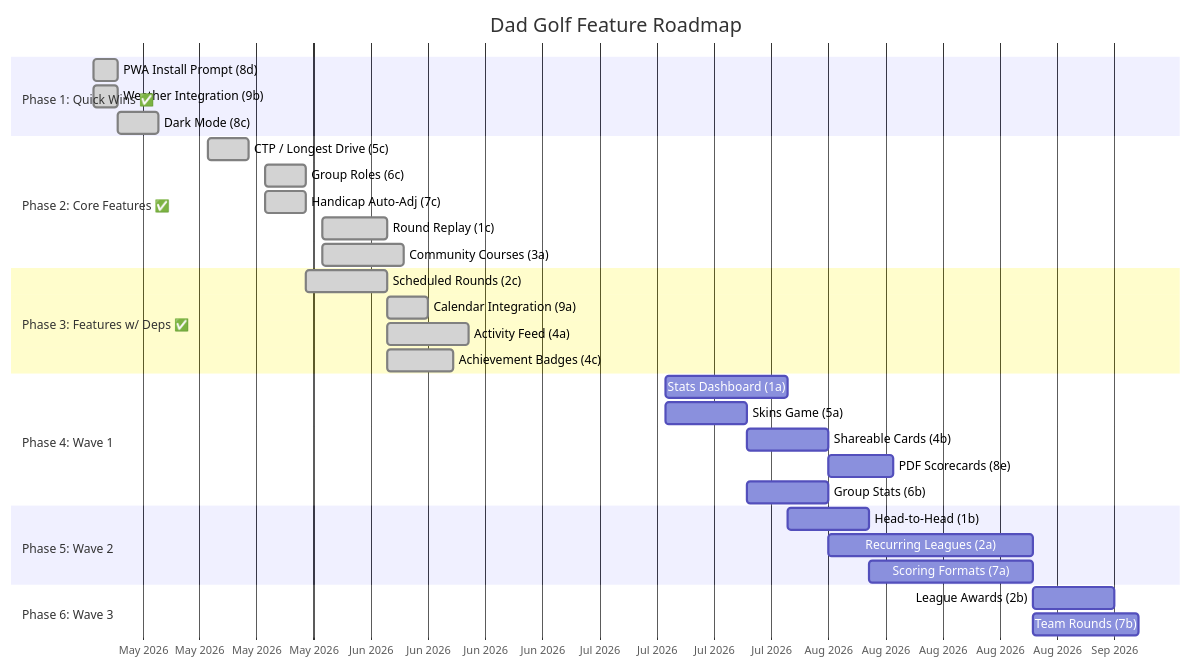
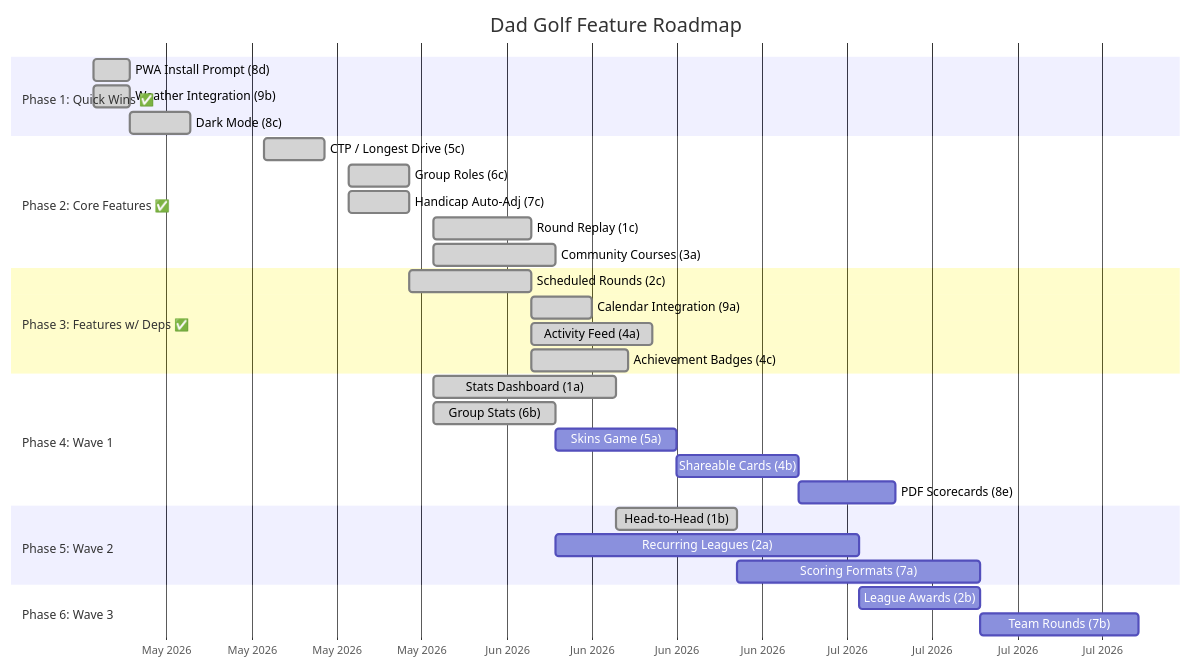
Before and after one commit to Lachy-Dauth/dad-golf: the second of 2 diagrams in docs/roadmap.md, drawn with Mermaid. The commit also changed other lines of this file and 15 other files, not shown here.

````diff
--- a/docs/roadmap.md
+++ b/docs/roadmap.md
@@ -78,40 +78,40 @@
 ```mermaid
 gantt
     title Dad Golf Feature Roadmap
     dateFormat YYYY-MM-DD
     axisFormat %b %Y
 
     section Phase 1: Quick Wins ✅
     PWA Install Prompt (8d)         :done, p1b, 2026-05-04, 3d
     Weather Integration (9b)        :done, p1c, 2026-05-04, 3d
     Dark Mode (8c)                  :done, p1d, 2026-05-07, 5d
 
     section Phase 2: Core Features ✅
     CTP / Longest Drive (5c)        :done, p2b, 2026-05-18, 5d
     Group Roles (6c)                :done, p2d, 2026-05-25, 5d
     Handicap Auto-Adj (7c)          :done, p2e, 2026-05-25, 5d
     Round Replay (1c)               :done, p2a, 2026-06-01, 8d
     Community Courses (3a)          :done, p2f, 2026-06-01, 10d
 
     section Phase 3: Features w/ Deps ✅
     Scheduled Rounds (2c)           :done, p3b, after p2d, 10d
     Calendar Integration (9a)       :done, p3c, after p3b, 5d
     Activity Feed (4a)              :done, p3d, after p2a, 10d
     Achievement Badges (4c)         :done, p3e, after p2a, 8d
 
     section Phase 4: Wave 1
-    Stats Dashboard (1a)            :p4a, 2026-07-13, 15d
-    Skins Game (5a)                 :p4b, 2026-07-13, 10d
+    Stats Dashboard (1a)            :done, p4a, 2026-06-01, 15d
+    Group Stats (6b)                :done, p4e, 2026-06-01, 10d
+    Skins Game (5a)                 :p4b, after p4e, 10d
     Shareable Cards (4b)            :p4c, after p4b, 10d
     PDF Scorecards (8e)             :p4d, after p4c, 8d
-    Group Stats (6b)                :p4e, after p4b, 10d
 
     section Phase 5: Wave 2
-    Head-to-Head (1b)               :p5a, after p4a, 10d
+    Head-to-Head (1b)               :done, p5a, after p4a, 10d
     Recurring Leagues (2a)          :p5b, after p4e, 25d
     Scoring Formats (7a)            :p5c, after p5a, 20d
 
     section Phase 6: Wave 3
     League Awards (2b)              :p6a, after p5b, 10d
     Team Rounds (7b)                :p6b, after p5c, 13d
 ```
````
